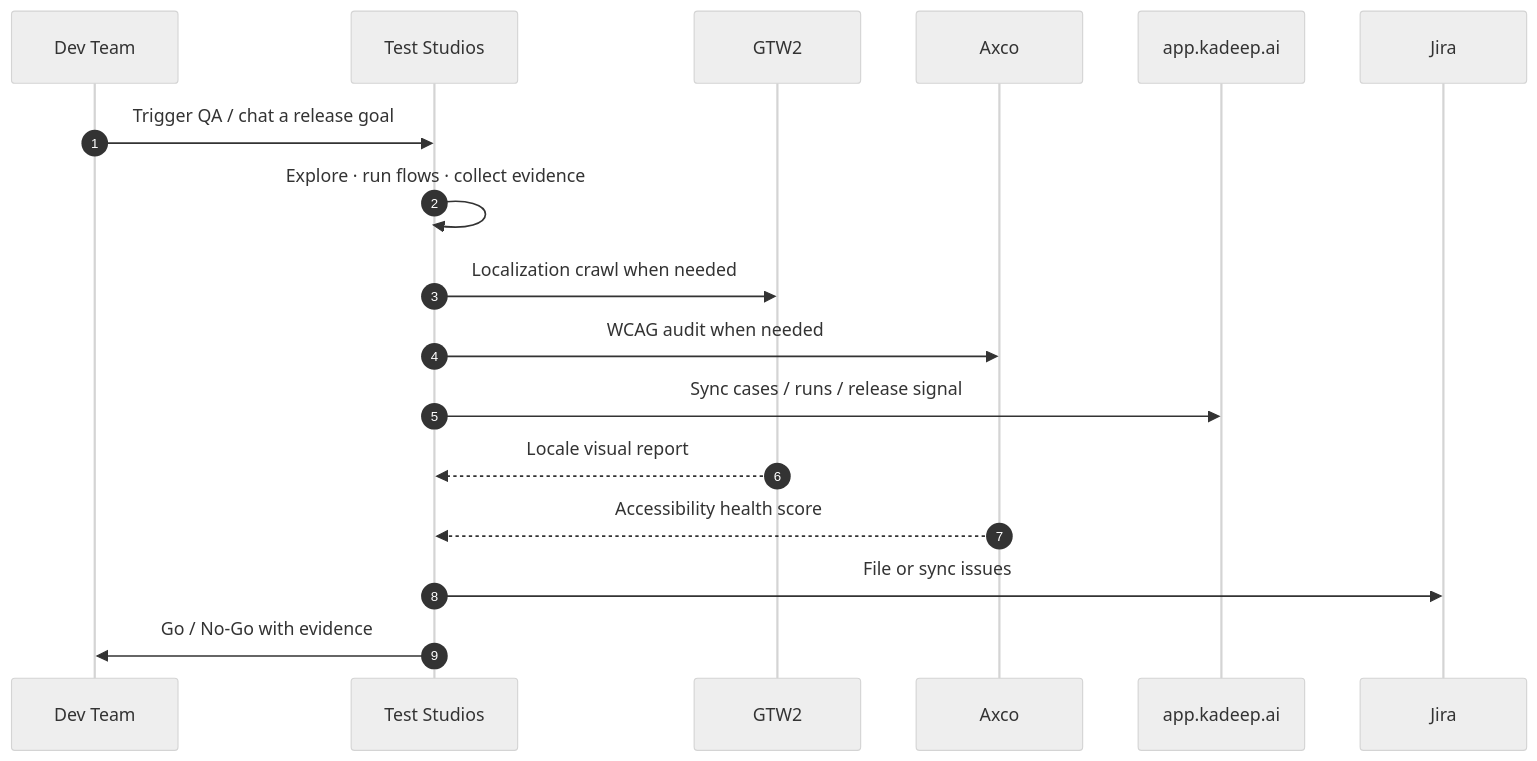
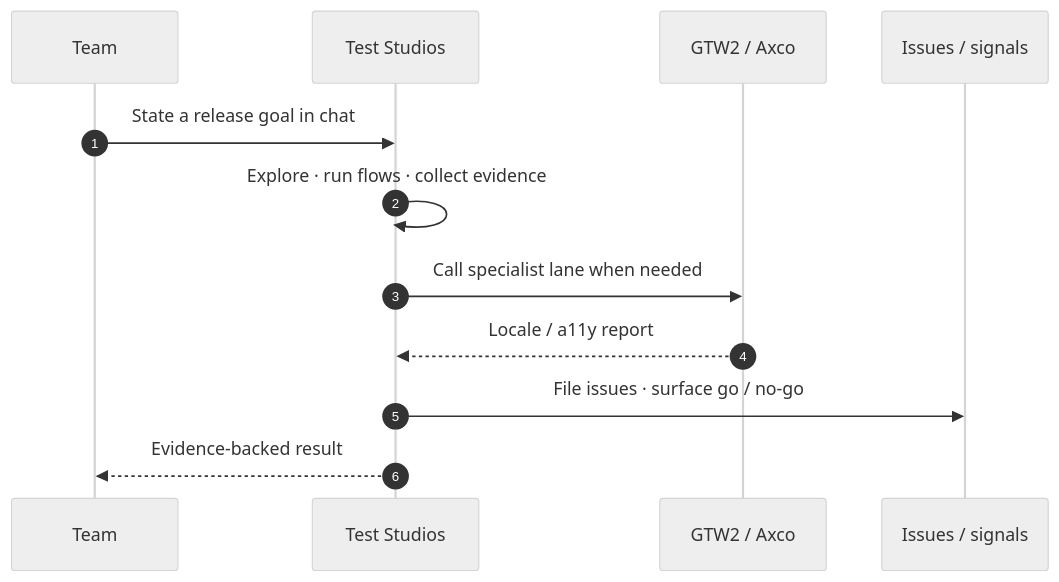
One commit to kadeep-ai/.github changed the third of 3 diagrams in profile/README.md. Above: the diagram before and after it, drawn with Mermaid (neutral theme). The commit also changed other lines of this file, not shown here.

````diff
--- a/profile/README.md
+++ b/profile/README.md
@@ -195,21 +181,15 @@
 ```mermaid
 sequenceDiagram
     autonumber
-    participant Dev as Dev Team
+    participant Dev as Team
     participant TS as Test Studios
-    participant GTW2 as GTW2
-    participant Axco as Axco
-    participant TMS as app.kadeep.ai
-    participant Jira as Jira
+    participant Spec as GTW2 / Axco
+    participant Out as Issues / signals
 
-    Dev->>TS: Trigger QA / chat a release goal
+    Dev->>TS: State a release goal in chat
     TS->>TS: Explore · run flows · collect evidence
-    TS->>GTW2: Localization crawl when needed
-    TS->>Axco: WCAG audit when needed
-    TS->>TMS: Sync cases / runs / release signal
-
-    GTW2-->>TS: Locale visual report
-    Axco-->>TS: Accessibility health score
-    TS->>Jira: File or sync issues
-    TS->>Dev: Go / No-Go with evidence
+    TS->>Spec: Call specialist lane when needed
+    Spec-->>TS: Locale / a11y report
+    TS->>Out: File issues · surface go / no-go
+    TS-->>Dev: Evidence-backed result
 ```
````
